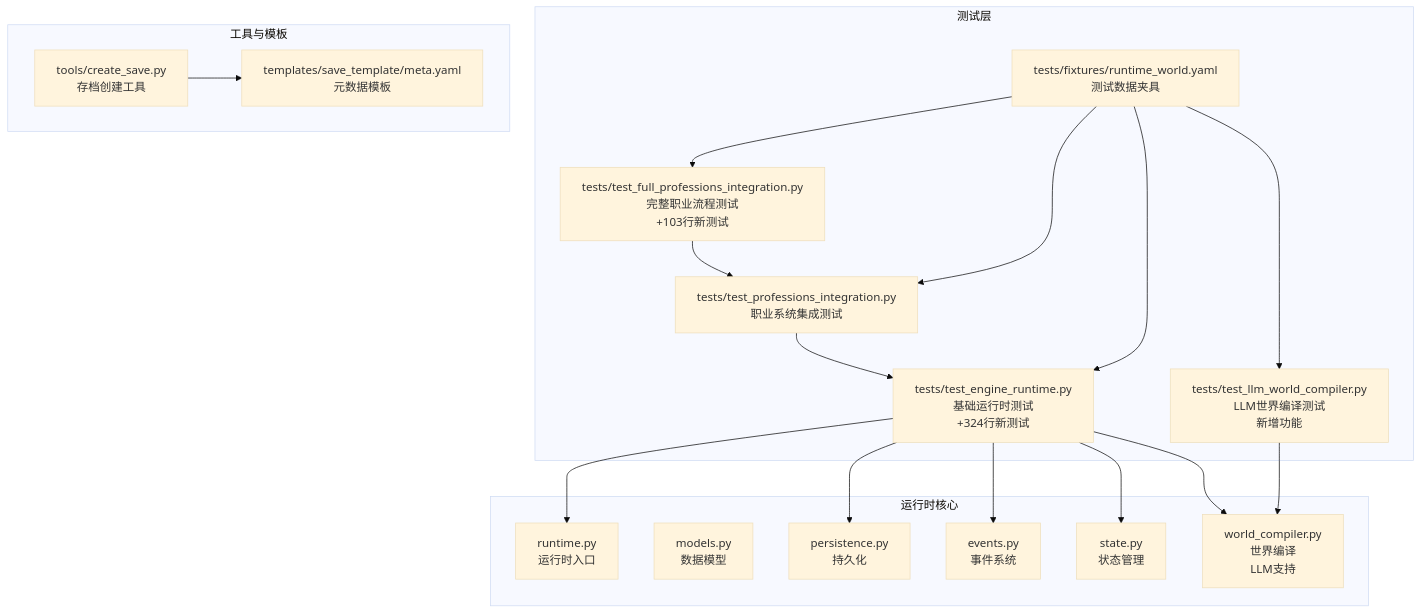
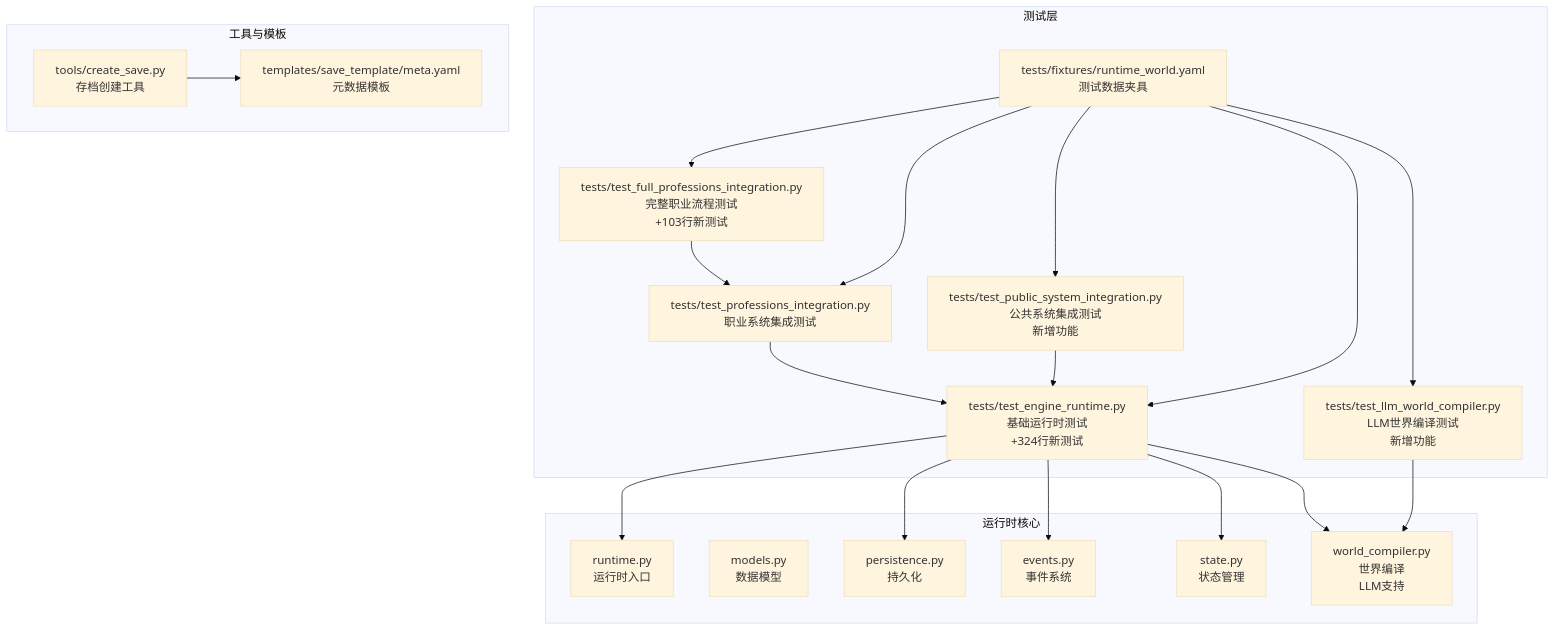
One commit to Ivandanslespace/thegreatnovel changed the first of 4 diagrams in .qoder/repowiki/zh/content/测试指南.md. Above: the diagram before and after it, drawn with Mermaid (base theme). The commit also changed other lines of this file and 69 other files, not shown here.

````diff
--- a/.qoder/repowiki/zh/content/测试指南.md
+++ b/.qoder/repowiki/zh/content/测试指南.md
@@ -52,35 +52,38 @@
 ```mermaid
 graph TB
 subgraph "测试层"
 T1["tests/test_engine_runtime.py<br/>基础运行时测试<br/>+324行新测试"]
 T2["tests/test_llm_world_compiler.py<br/>LLM世界编译测试<br/>新增功能"]
 T3["tests/test_professions_integration.py<br/>职业系统集成测试"]
 T4["tests/test_full_professions_integration.py<br/>完整职业流程测试<br/>+103行新测试"]
+T5["tests/test_public_system_integration.py<br/>公共系统集成测试<br/>新增功能"]
 F1["tests/fixtures/runtime_world.yaml<br/>测试数据夹具"]
 end
 subgraph "运行时核心"
 R1["runtime.py<br/>运行时入口"]
 M1["models.py<br/>数据模型"]
 P1["persistence.py<br/>持久化"]
 E1["events.py<br/>事件系统"]
 S1["state.py<br/>状态管理"]
 W1["world_compiler.py<br/>世界编译<br/>LLM支持"]
 end
 subgraph "工具与模板"
 TL1["tools/create_save.py<br/>存档创建工具"]
 TM1["templates/save_template/meta.yaml<br/>元数据模板"]
 end
 T1 --> R1
 T1 --> P1
 T1 --> E1
 T1 --> S1
 T1 --> W1
 T2 --> W1
 T3 --> T1
 T4 --> T3
+T5 --> T1
 F1 --> T1
 F1 --> T2
 F1 --> T3
 F1 --> T4
+F1 --> T5
 TL1 --> TM1
 ```
````
